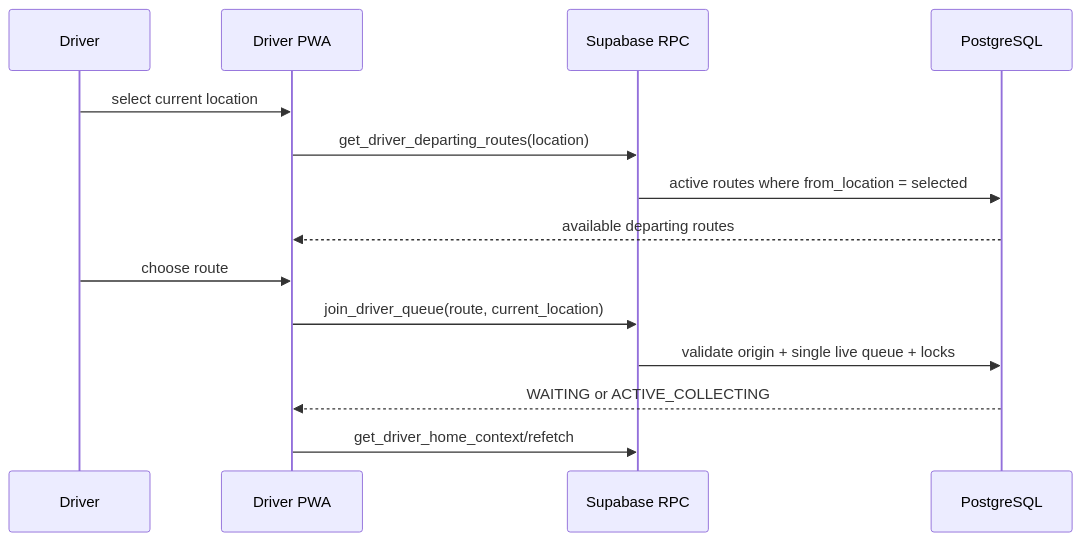
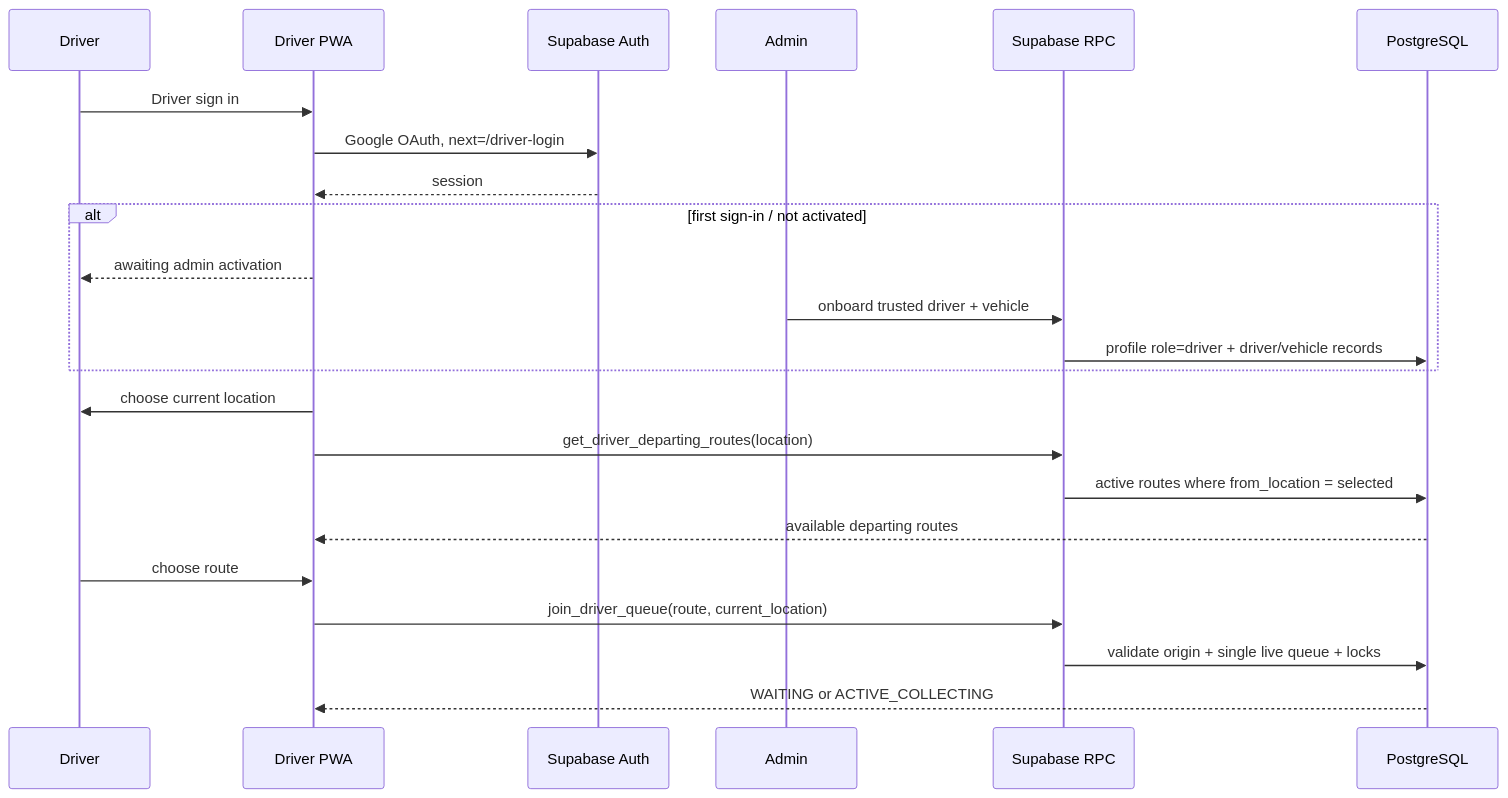
Before and after one commit to rajeevbackup42112-coder/raahimini: the tenth of 11 diagrams in docs/RAAHI_MASTER_ARCHITECTURE.md, drawn with Mermaid. The commit also changed other lines of this file, not shown here.

Commit message:
Update master architecture for explicit driver authentication

````diff
--- a/docs/RAAHI_MASTER_ARCHITECTURE.md
+++ b/docs/RAAHI_MASTER_ARCHITECTURE.md
@@ -265,17 +264,25 @@
 ```mermaid
 sequenceDiagram
     participant D as Driver
     participant UI as Driver PWA
+    participant A as Supabase Auth
+    participant ADM as Admin
     participant RPC as Supabase RPC
     participant DB as PostgreSQL
-
-    D->>UI: select current location
+    D->>UI: Driver sign in
+    UI->>A: Google OAuth, next=/driver-login
+    A-->>UI: session
+    alt first sign-in / not activated
+        UI-->>D: awaiting admin activation
+        ADM->>RPC: onboard trusted driver + vehicle
+        RPC->>DB: profile role=driver + driver/vehicle records
+    end
+    UI->>D: choose current location
     UI->>RPC: get_driver_departing_routes(location)
     RPC->>DB: active routes where from_location = selected
     DB-->>UI: available departing routes
     D->>UI: choose route
     UI->>RPC: join_driver_queue(route, current_location)
     RPC->>DB: validate origin + single live queue + locks
     DB-->>UI: WAITING or ACTIVE_COLLECTING
-    UI->>RPC: get_driver_home_context/refetch
 ```
````
